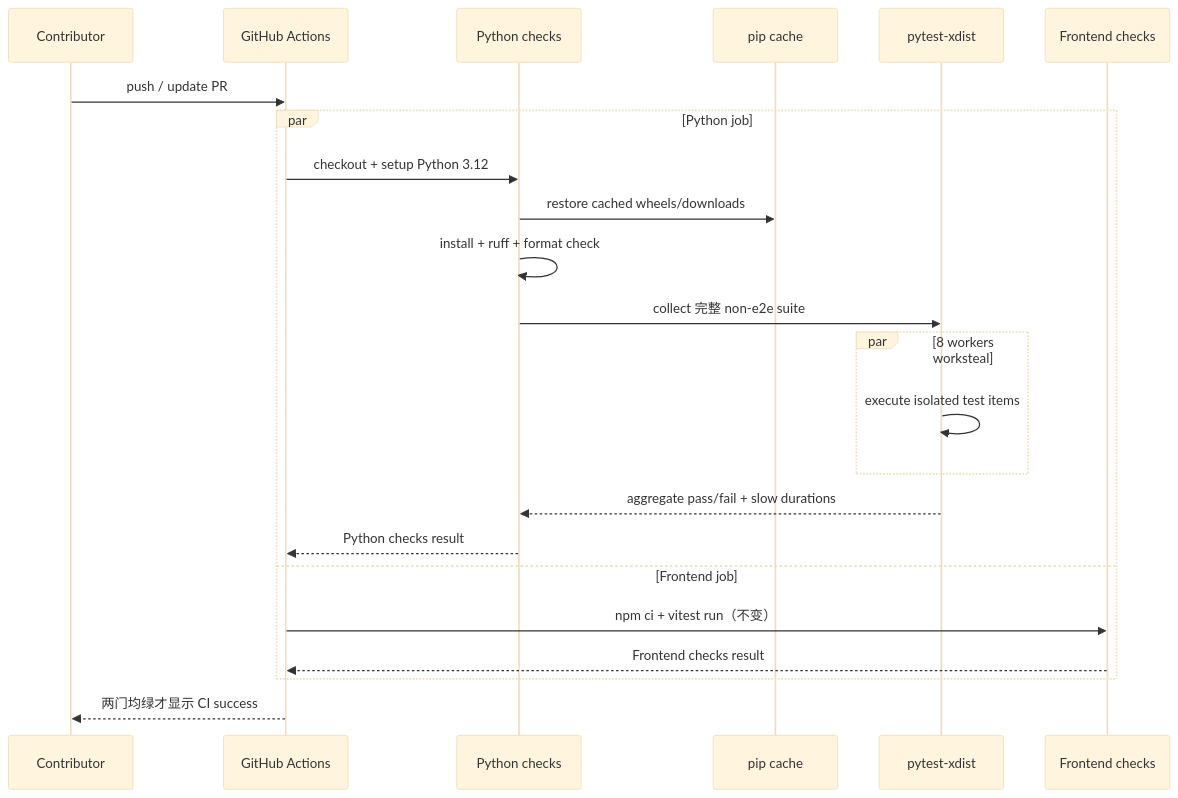
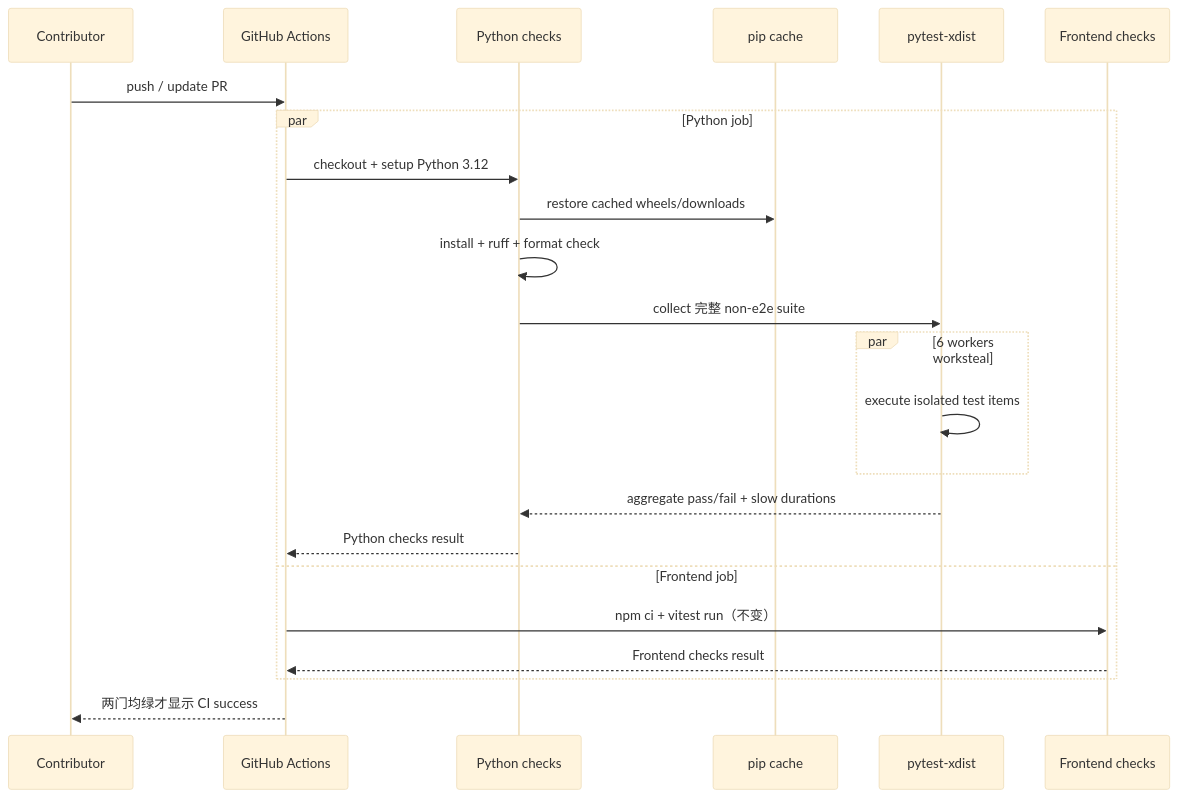
The second of 2 diagrams in docs/changes/perf-458-ci-speed/design.md (Mrchen116/nano-multiagent), drawn with Mermaid (base theme) before and after one commit. The commit also changed other lines of this file and 2 other files, not shown here.

````diff
--- a/docs/changes/perf-458-ci-speed/design.md
+++ b/docs/changes/perf-458-ci-speed/design.md
@@ -140,26 +141,26 @@
 ```mermaid
 sequenceDiagram
     participant Dev as Contributor
     participant GH as GitHub Actions
     participant Py as Python checks
     participant Cache as pip cache
     participant XD as pytest-xdist
     participant FE as Frontend checks
 
     Dev->>GH: push / update PR
     par Python job
         GH->>Py: checkout + setup Python 3.12
         Py->>Cache: restore cached wheels/downloads
         Py->>Py: install + ruff + format check
         Py->>XD: collect 完整 non-e2e suite
-        par 8 workers worksteal
+        par 6 workers worksteal
             XD->>XD: execute isolated test items
         end
         XD-->>Py: aggregate pass/fail + slow durations
         Py-->>GH: Python checks result
     and Frontend job
         GH->>FE: npm ci + vitest run（不变）
         FE-->>GH: Frontend checks result
     end
     GH-->>Dev: 两门均绿才显示 CI success
 ```
````
